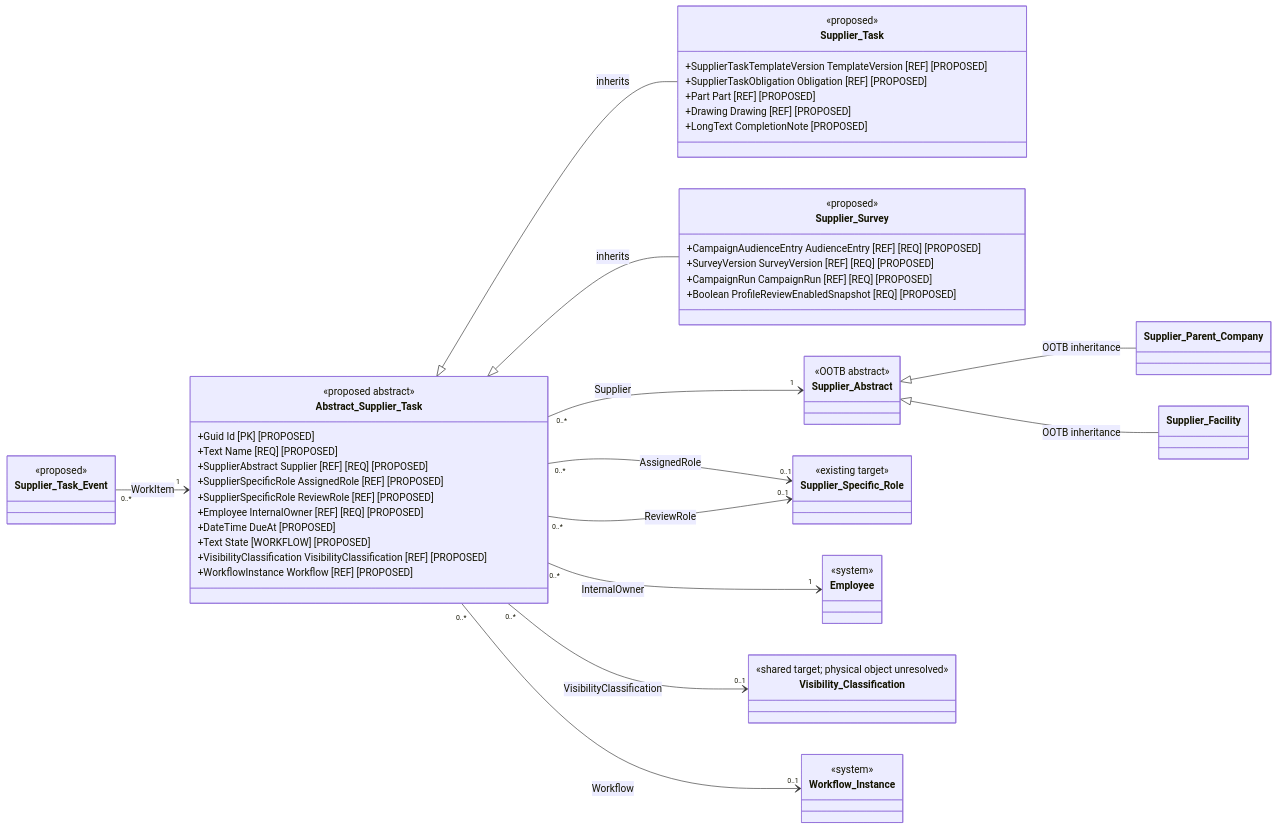
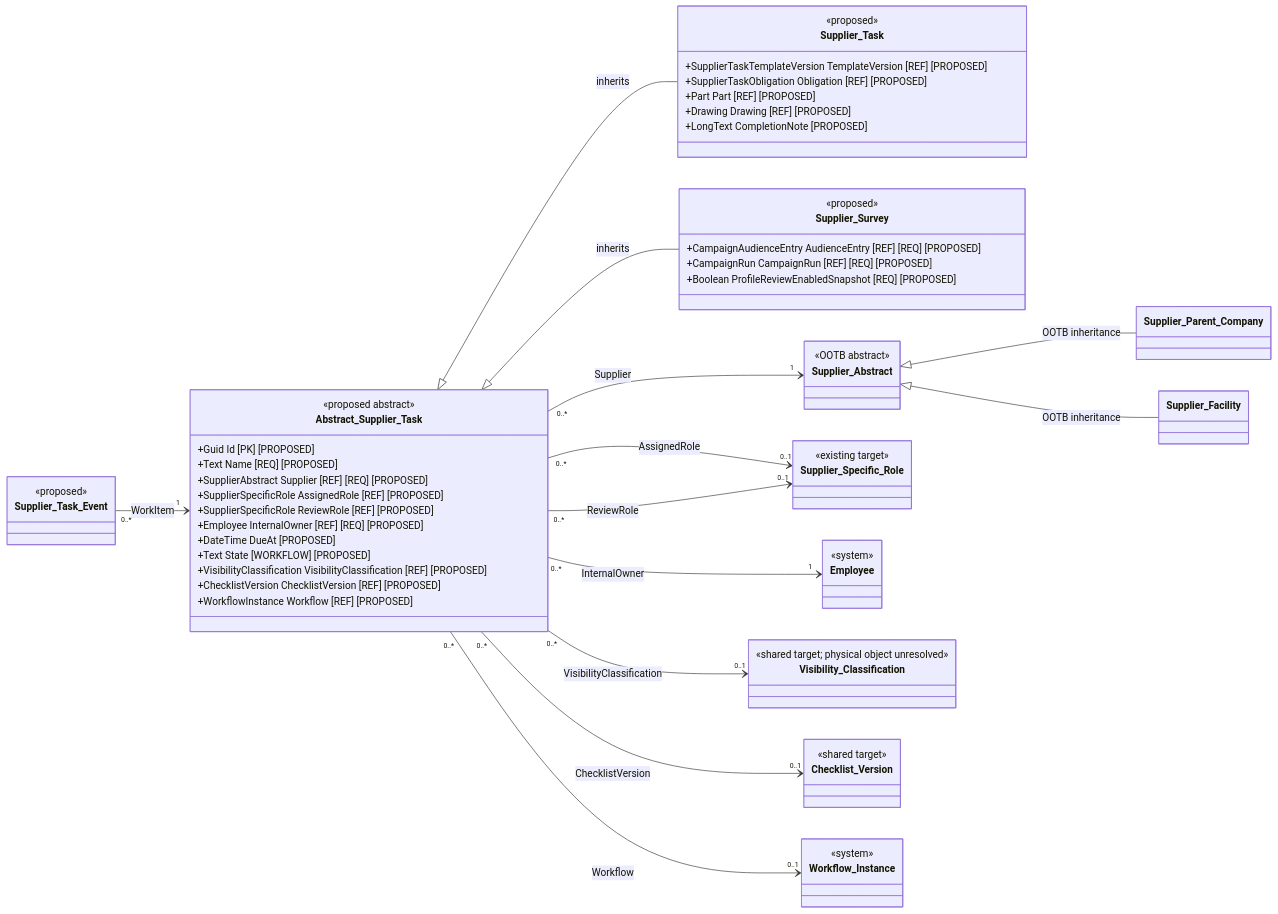
Before and after one commit to Summit-EHSQ/subaru: the first of 5 diagrams in docs/phase 2/supplier-relationship-management/solution_specification/object_model/supplier-tasks-technical-specification.md, drawn with Mermaid. The commit also changed other lines of this file and 1 other file, not shown here.

Commit message:
Updates to Tasks and Supplier Surveys

````diff
--- a/docs/phase 2/supplier-relationship-management/solution_specification/object_model/supplier-tasks-technical-specification.md
+++ b/docs/phase 2/supplier-relationship-management/solution_specification/object_model/supplier-tasks-technical-specification.md
@@ -105,69 +112,72 @@
 ```mermaid
 classDiagram
 direction LR
 
 class Abstract_Supplier_Task {
   <<proposed abstract>>
   +Guid Id [PK] [PROPOSED]
   +Text Name [REQ] [PROPOSED]
   +SupplierAbstract Supplier [REF] [REQ] [PROPOSED]
   +SupplierSpecificRole AssignedRole [REF] [PROPOSED]
   +SupplierSpecificRole ReviewRole [REF] [PROPOSED]
   +Employee InternalOwner [REF] [REQ] [PROPOSED]
   +DateTime DueAt [PROPOSED]
   +Text State [WORKFLOW] [PROPOSED]
   +VisibilityClassification VisibilityClassification [REF] [PROPOSED]
+  +ChecklistVersion ChecklistVersion [REF] [PROPOSED]
   +WorkflowInstance Workflow [REF] [PROPOSED]
 }
 
 class Supplier_Task {
   <<proposed>>
   +SupplierTaskTemplateVersion TemplateVersion [REF] [PROPOSED]
   +SupplierTaskObligation Obligation [REF] [PROPOSED]
   +Part Part [REF] [PROPOSED]
   +Drawing Drawing [REF] [PROPOSED]
   +LongText CompletionNote [PROPOSED]
 }
-
 class Supplier_Survey {
   <<proposed>>
   +CampaignAudienceEntry AudienceEntry [REF] [REQ] [PROPOSED]
-  +SurveyVersion SurveyVersion [REF] [REQ] [PROPOSED]
   +CampaignRun CampaignRun [REF] [REQ] [PROPOSED]
   +Boolean ProfileReviewEnabledSnapshot [REQ] [PROPOSED]
 }
 
 class Supplier_Abstract {
   <<OOTB abstract>>
 }
 class Supplier_Parent_Company
 class Supplier_Facility
 class Supplier_Specific_Role {
   <<existing target>>
 }
 class Employee {
   <<system>>
 }
 class Visibility_Classification {
   <<shared target; physical object unresolved>>
 }
+class Checklist_Version {
+  <<shared target>>
+}
 class Workflow_Instance {
   <<system>>
 }
 class Supplier_Task_Event {
   <<proposed>>
 }
 
 Abstract_Supplier_Task <|-- Supplier_Task : inherits
 Abstract_Supplier_Task <|-- Supplier_Survey : inherits
 Supplier_Abstract <|-- Supplier_Parent_Company : OOTB inheritance
 Supplier_Abstract <|-- Supplier_Facility : OOTB inheritance
 
 Abstract_Supplier_Task "0..*" --> "1" Supplier_Abstract : Supplier
 Abstract_Supplier_Task "0..*" --> "0..1" Supplier_Specific_Role : AssignedRole
 Abstract_Supplier_Task "0..*" --> "0..1" Supplier_Specific_Role : ReviewRole
 Abstract_Supplier_Task "0..*" --> "1" Employee : InternalOwner
 Abstract_Supplier_Task "0..*" --> "0..1" Visibility_Classification : VisibilityClassification
+Abstract_Supplier_Task "0..*" --> "0..1" Checklist_Version : ChecklistVersion
 Abstract_Supplier_Task "0..*" --> "0..1" Workflow_Instance : Workflow
 Supplier_Task_Event "0..*" --> "1" Abstract_Supplier_Task : WorkItem
 ```
````
